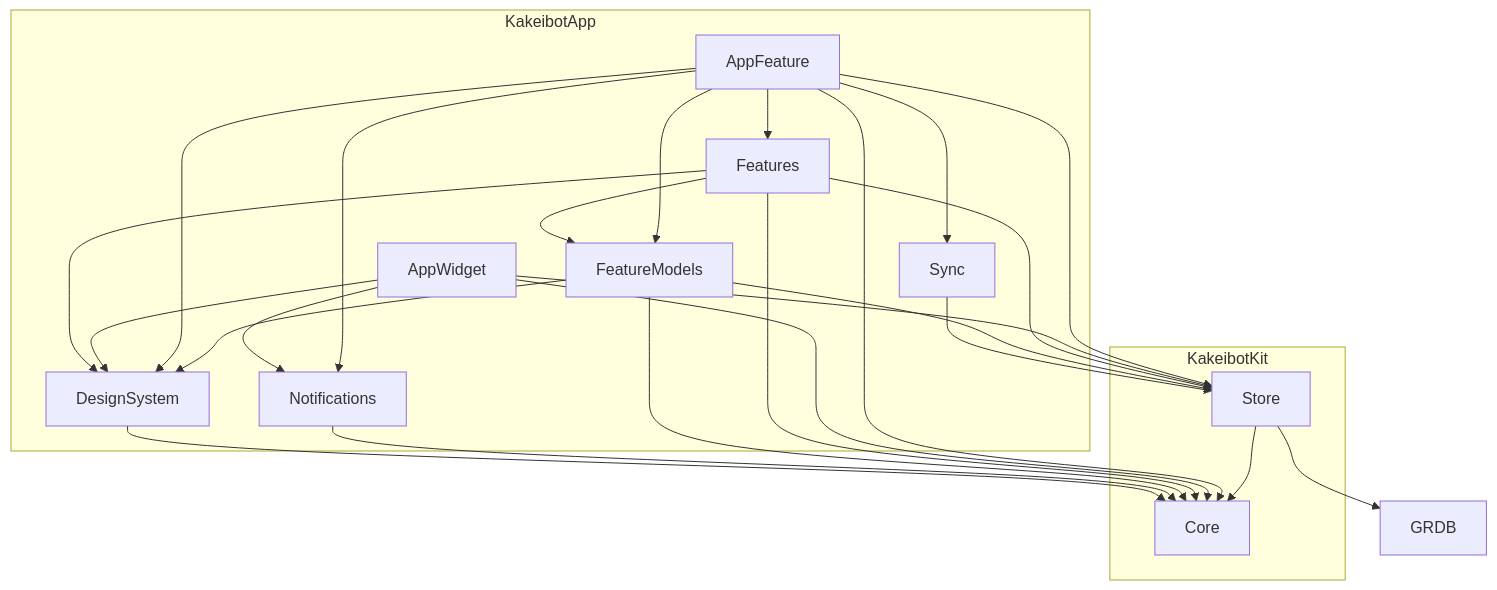
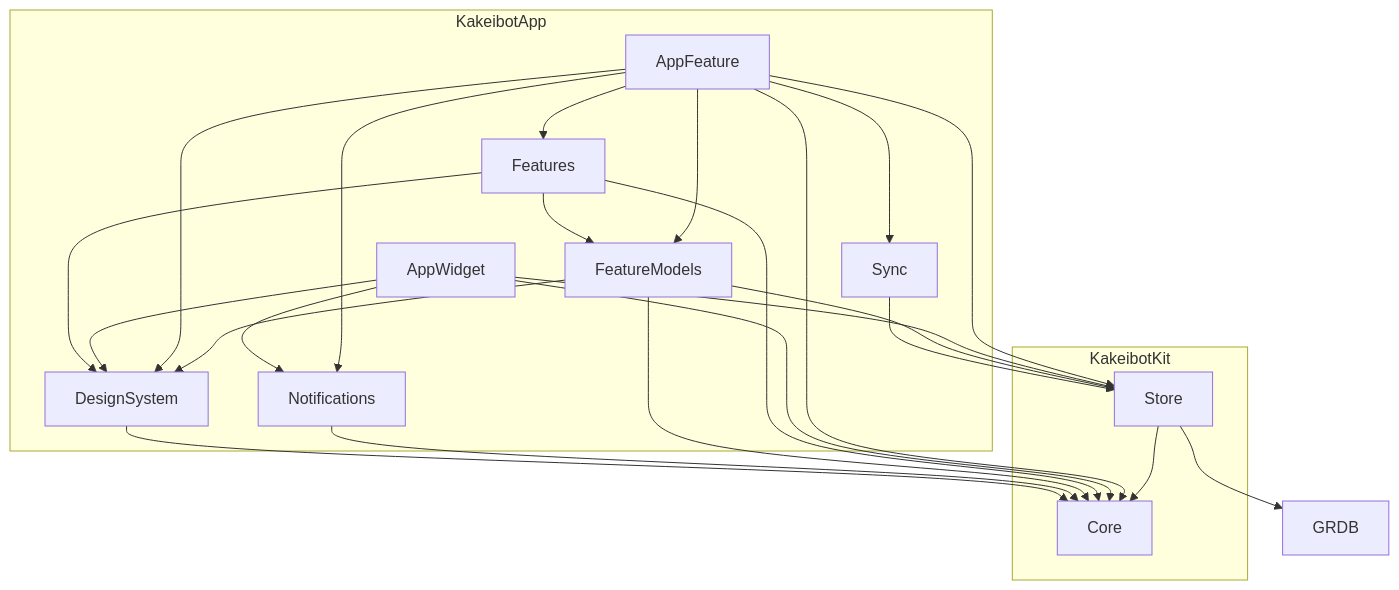
The diagram in docs/architecture-packages.md (yossibank/kakeibot), drawn with Mermaid before and after one commit. The commit also changed other lines of this file and 106 other files, not shown here.

````diff
--- a/docs/architecture-packages.md
+++ b/docs/architecture-packages.md
@@ -21,30 +25,29 @@
 ```mermaid
 flowchart TD
     subgraph app["KakeibotApp"]
         AppFeature --> Features
         AppFeature --> FeatureModels
         Features --> FeatureModels
         FeatureModels --> DesignSystem
         AppFeature --> Notifications
         AppFeature --> Sync
         AppFeature --> DesignSystem
         AppWidget --> Notifications
         AppWidget --> DesignSystem
         Features --> DesignSystem
     end
     subgraph kit["KakeibotKit"]
         Store --> Core
     end
     AppFeature --> Store
     AppWidget --> Store
-    Features --> Store
     FeatureModels --> Store
     Sync --> Store
     AppFeature --> Core
     AppWidget --> Core
     Features --> Core
     FeatureModels --> Core
     Notifications --> Core
     DesignSystem --> Core
     Store --> GRDB
 ```
````
